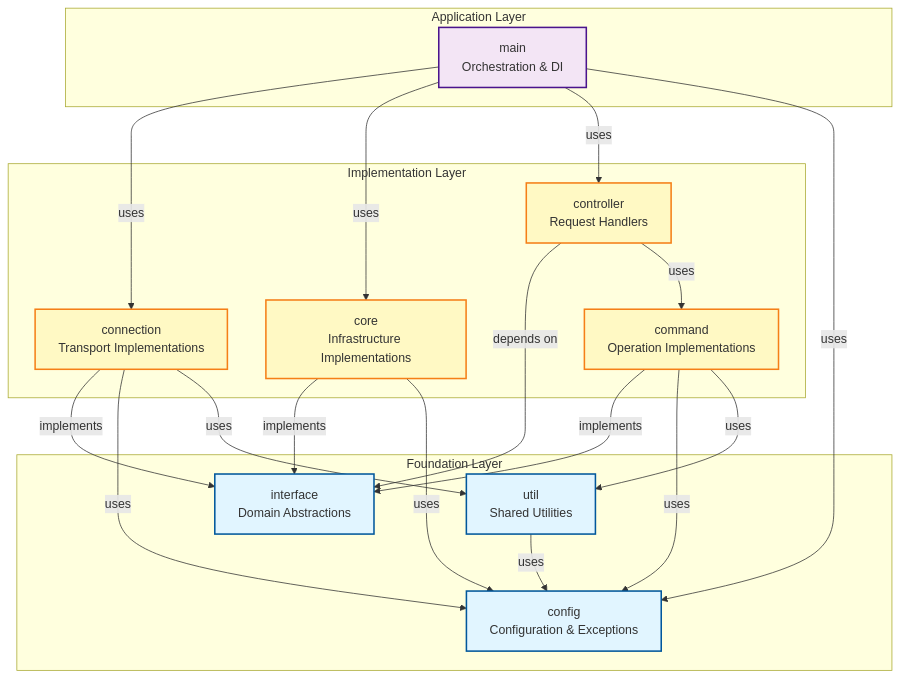
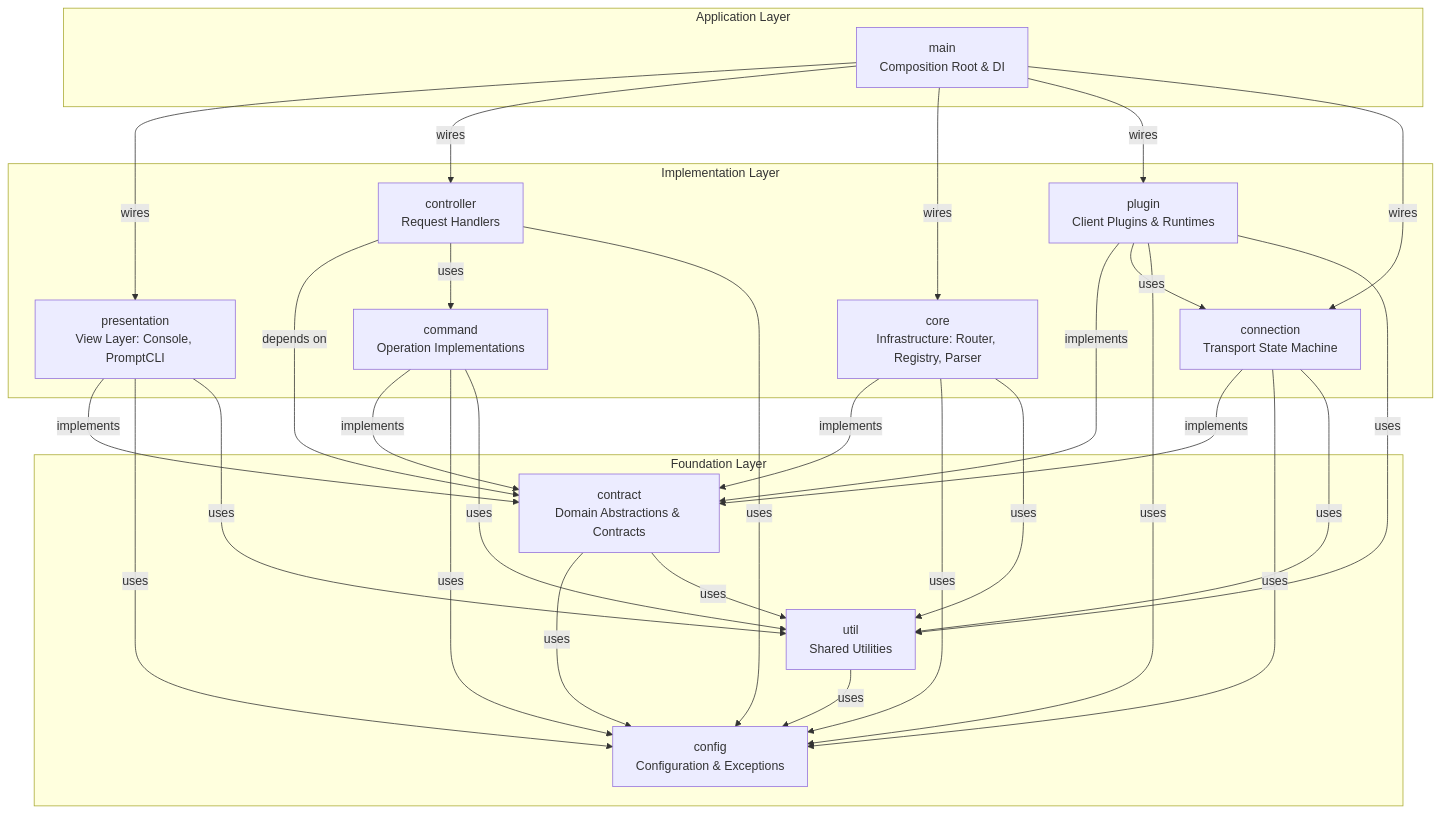
Before and after one commit to othon-hugo/declusor: the diagram in ARCHITECTURE.md, drawn with Mermaid. The commit also changed other lines of this file and 36 other files, not shown here.

Commit message:
refactor: decouple client layer, extract presentation, and harden connection lifecycle

````diff
--- a/ARCHITECTURE.md
+++ b/ARCHITECTURE.md
@@ -27,49 +27,57 @@
 ```mermaid
 graph TB
     subgraph "Foundation Layer"
         CONFIG[config<br/>Configuration & Exceptions]
-        INTERFACE[interface<br/>Domain Abstractions]
         UTIL[util<br/>Shared Utilities]
+        CONTRACT[contract<br/>Domain Abstractions & Contracts]
     end
 
     subgraph "Implementation Layer"
-        CONNECTION[connection<br/>Transport Implementations]
-        CORE[core<br/>Infrastructure Implementations]
+        CORE[core<br/>Infrastructure: Router, Registry, Parser]
+        PRESENTATION[presentation<br/>View Layer: Console, PromptCLI]
+        CONTROLLER[controller<br/>Request Handlers]
         COMMAND[command<br/>Operation Implementations]
-        CONTROLLER[controller<br/>Request Handlers]
+        CONNECTION[connection<br/>Transport State Machine]
+        PLUGIN[plugin<br/>Client Plugins & Runtimes]
     end
 
     subgraph "Application Layer"
-        MAIN[main<br/>Orchestration & DI]
+        MAIN[main<br/>Composition Root & DI]
     end
 
-    %% Dependencies (what depends on what)
-    CONNECTION -->|implements| INTERFACE
+    %% Dependencies
+    UTIL -->|uses| CONFIG
+    CONTRACT -->|uses| CONFIG
+    CONTRACT -->|uses| UTIL
+
+    CORE -->|implements| CONTRACT
+    CORE -->|uses| CONFIG
+    CORE -->|uses| UTIL
+
+    PRESENTATION -->|implements| CONTRACT
+    PRESENTATION -->|uses| CONFIG
+    PRESENTATION -->|uses| UTIL
+
+    CONNECTION -->|implements| CONTRACT
     CONNECTION -->|uses| CONFIG
     CONNECTION -->|uses| UTIL
 
-    CORE -->|implements| INTERFACE
-    CORE -->|uses| CONFIG
-
-    COMMAND -->|implements| INTERFACE
+    COMMAND -->|implements| CONTRACT
     COMMAND -->|uses| CONFIG
     COMMAND -->|uses| UTIL
 
-    CONTROLLER -->|depends on| INTERFACE
+    CONTROLLER -->|depends on| CONTRACT
     CONTROLLER -->|uses| COMMAND
+    CONTROLLER -->|uses| CONFIG
 
-    MAIN -->|uses| CONNECTION
-    MAIN -->|uses| CORE
-    MAIN -->|uses| CONTROLLER
-    MAIN -->|uses| CONFIG
+    PLUGIN -->|implements| CONTRACT
+    PLUGIN -->|uses| CONNECTION
+    PLUGIN -->|uses| CONFIG
+    PLUGIN -->|uses| UTIL
 
-    UTIL -->|uses| CONFIG
-
-    classDef foundation fill:#e1f5ff,stroke:#01579b,stroke-width:2px
-    classDef implementation fill:#fff9c4,stroke:#f57f17,stroke-width:2px
-    classDef application fill:#f3e5f5,stroke:#4a148c,stroke-width:2px
-
-    class CONFIG,INTERFACE,UTIL foundation
-    class CONNECTION,CORE,COMMAND,CONTROLLER implementation
-    class MAIN application
+    MAIN -->|wires| PRESENTATION
+    MAIN -->|wires| CONTROLLER
+    MAIN -->|wires| CORE
+    MAIN -->|wires| PLUGIN
+    MAIN -->|wires| CONNECTION
 ```
````
